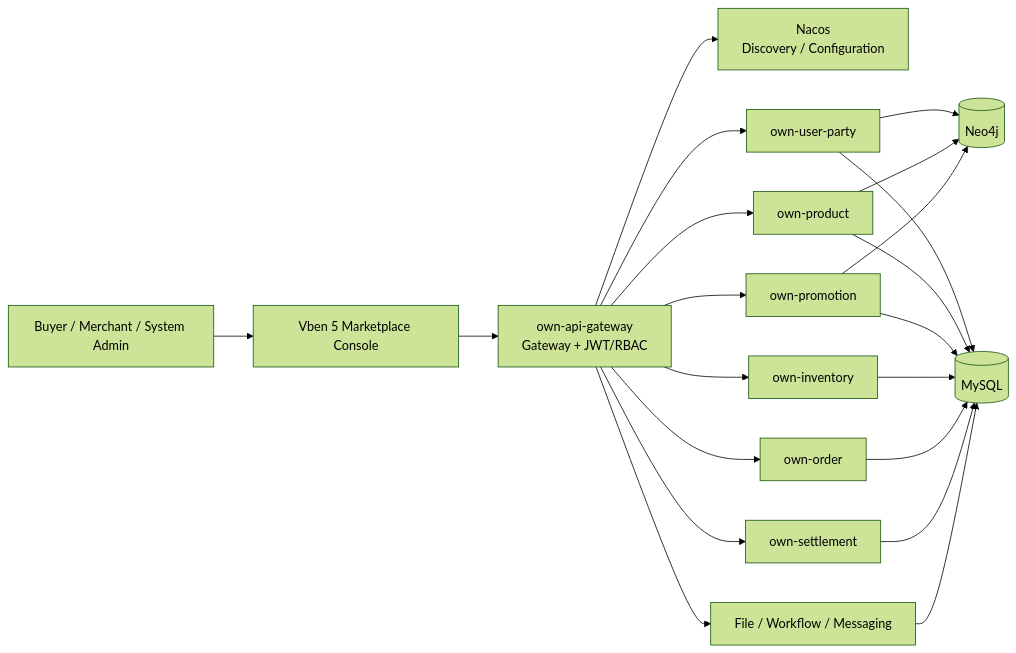
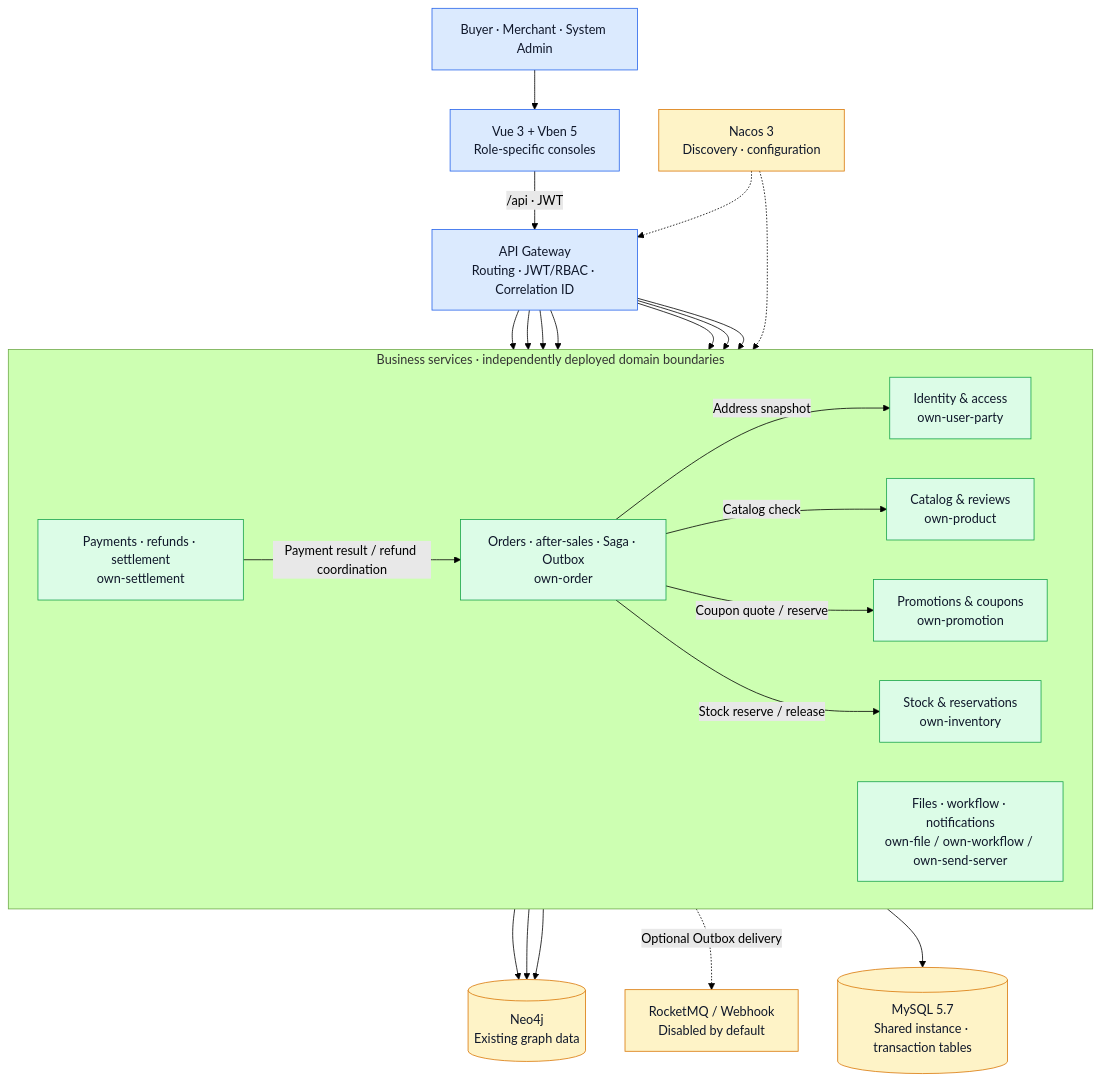
The first of 2 diagrams in README_EN.md (Blucezhang/micro-server-own), drawn with Mermaid (forest theme) before and after one commit. The commit also changed other lines of this file and 1 other file, not shown here.

Commit message:
docs(readme): expand architecture and Saga diagrams

````diff
--- a/README_EN.md
+++ b/README_EN.md
@@ -46,23 +48,46 @@
 ```mermaid
-flowchart LR
-    client[Buyer / Merchant / System Admin] --> web[Vben 5 Marketplace Console]
-    web --> gateway[own-api-gateway\nGateway + JWT/RBAC]
-    gateway --> nacos[Nacos\nDiscovery / Configuration]
-    gateway --> user[own-user-party]
-    gateway --> product[own-product]
-    gateway --> promotion[own-promotion]
-    gateway --> inventory[own-inventory]
-    gateway --> order[own-order]
-    gateway --> settlement[own-settlement]
-    gateway --> support[File / Workflow / Messaging]
-    user --> neo4j[(Neo4j)]
+flowchart TB
+    actors["Buyer · Merchant · System Admin"] --> web["Vue 3 + Vben 5<br/>Role-specific consoles"]
+    web -->|"/api · JWT"| gateway["API Gateway<br/>Routing · JWT/RBAC · Correlation ID"]
+
+    subgraph domain["Business services · independently deployed domain boundaries"]
+      direction LR
+      user["Identity & access<br/>own-user-party"]
+      product["Catalog & reviews<br/>own-product"]
+      promotion["Promotions & coupons<br/>own-promotion"]
+      inventory["Stock & reservations<br/>own-inventory"]
+      order["Orders · after-sales · Saga · Outbox<br/>own-order"]
+      settlement["Payments · refunds · settlement<br/>own-settlement"]
+      support["Files · workflow · notifications<br/>own-file / own-workflow / own-send-server"]
+    end
+
+    gateway --> user
+    gateway --> product
+    gateway --> promotion
+    gateway --> inventory
+    gateway --> order
+    gateway --> settlement
+    gateway --> support
+    order -->|"Address snapshot"| user
+    order -->|"Catalog check"| product
+    order -->|"Coupon quote / reserve"| promotion
+    order -->|"Stock reserve / release"| inventory
+    settlement -->|"Payment result / refund coordination"| order
+
+    nacos["Nacos 3<br/>Discovery · configuration"] -.-> gateway
+    nacos -.-> order
+    mysql[("MySQL 5.7<br/>Shared instance · transaction tables")]
+    neo4j[("Neo4j<br/>Existing graph data")]
+    domain --> mysql
+    user --> neo4j
     product --> neo4j
     promotion --> neo4j
-    user --> mysql[(MySQL)]
-    product --> mysql
-    promotion --> mysql
-    inventory --> mysql
-    order --> mysql
-    settlement --> mysql
-    support --> mysql
+    order -.->|"Optional Outbox delivery"| mq["RocketMQ / Webhook<br/>Disabled by default"]
+
+    classDef edge fill:#dbeafe,stroke:#2563eb,color:#0f172a
+    classDef business fill:#dcfce7,stroke:#16a34a,color:#0f172a
+    classDef infra fill:#fef3c7,stroke:#d97706,color:#0f172a
+    class actors,web,gateway edge
+    class user,product,promotion,inventory,order,settlement,support business
+    class nacos,mysql,neo4j,mq infra
 ```
````
